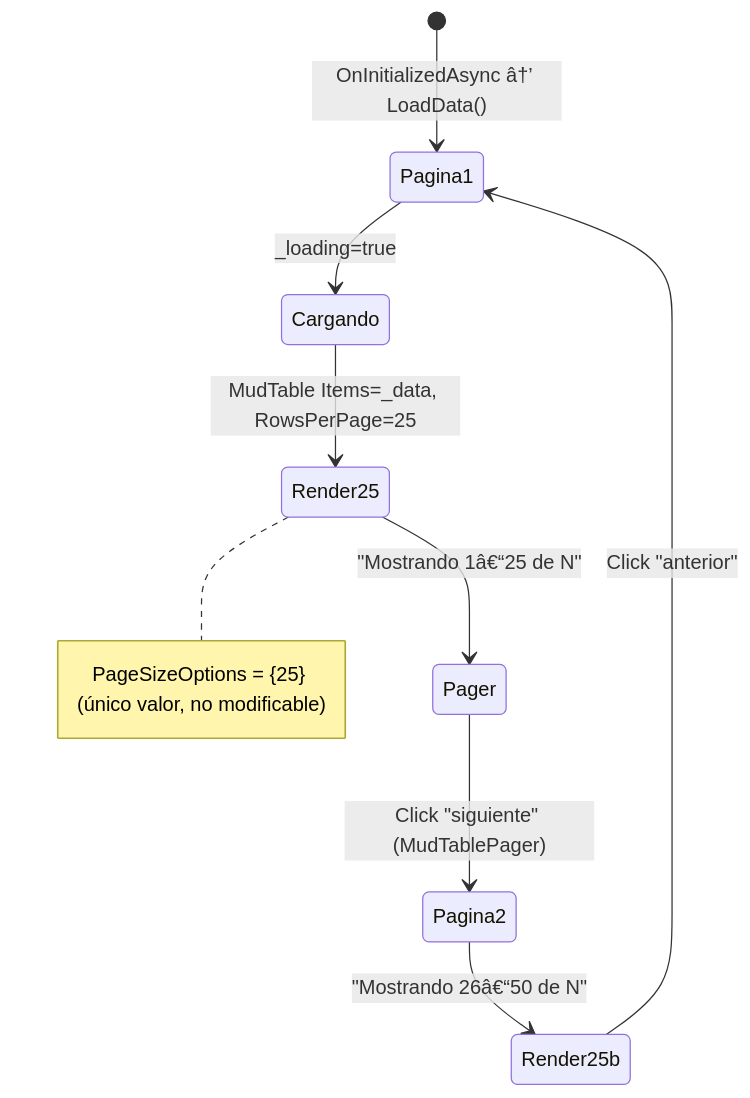
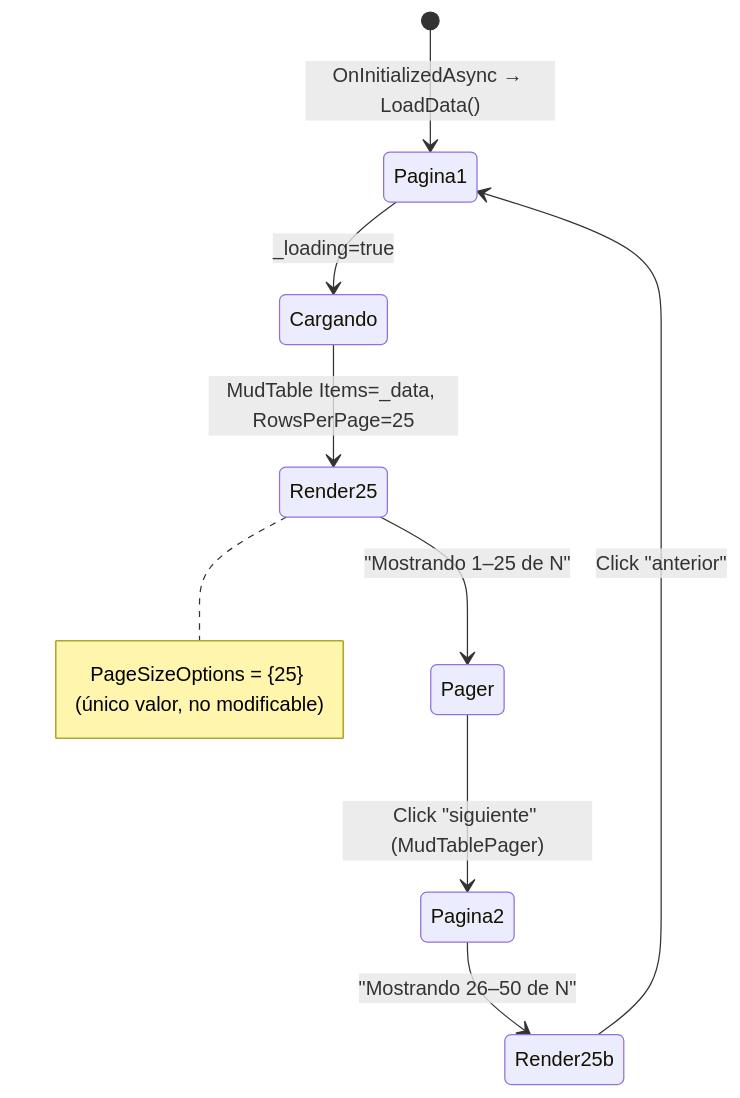
Before and after one commit to adrian-silva-uy/guarino: the fifth of 11 diagrams in docs/diagramas.md, drawn with Mermaid. The commit also changed other lines of this file, not shown here.

Commit message:
Fix: corrige mojibake (Â¿ -> ¿) en diagrama 'Flujo de filtro IA por rol' y verifica todos los .md

````diff
--- a/docs/diagramas.md
+++ b/docs/diagramas.md
@@ -162,11 +162,11 @@
 ```mermaid
 stateDiagram-v2
-    [*] --> Pagina1: OnInitializedAsync â†’ LoadData()
+    [*] --> Pagina1: OnInitializedAsync → LoadData()
     Pagina1 --> Cargando: _loading=true
     Cargando --> Render25: MudTable Items=_data, RowsPerPage=25
-    Render25 --> Pager: "Mostrando 1â€“25 de N"
+    Render25 --> Pager: "Mostrando 1–25 de N"
     Pager --> Pagina2: Click "siguiente" (MudTablePager)
-    Pagina2 --> Render25b: "Mostrando 26â€“50 de N"
+    Pagina2 --> Render25b: "Mostrando 26–50 de N"
     Render25b --> Pagina1: Click "anterior"
     Note right of Render25: PageSizeOptions = {25} (único valor, no modificable)
 ```
````
